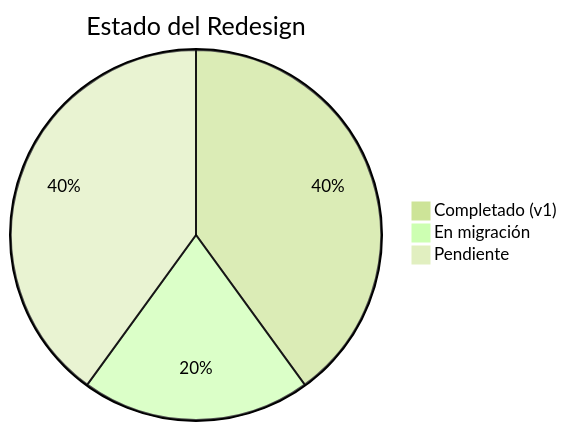
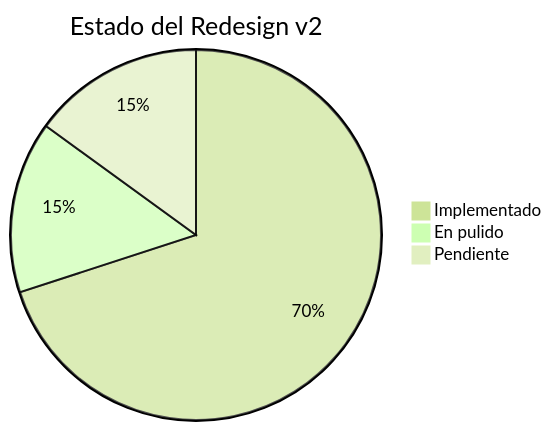
Before and after one commit to tiagofur/astro_creapolis_page: the diagram in creapolis/creapolis_dev_page/🏠 Home.md, drawn with Mermaid (forest theme). The commit also changed other lines of this file and 154 other files, not shown here.

````diff
--- a/creapolis/creapolis_dev_page/🏠 Home.md
+++ b/creapolis/creapolis_dev_page/🏠 Home.md
@@ -22,6 +23,6 @@
 ```mermaid
-pie title Estado del Redesign
-    "Completado (v1)" : 40
-    "En migración" : 20
-    "Pendiente" : 40
+pie title Estado del Redesign v2
+    "Implementado" : 70
+    "En pulido" : 15
+    "Pendiente" : 15
 ```
````
